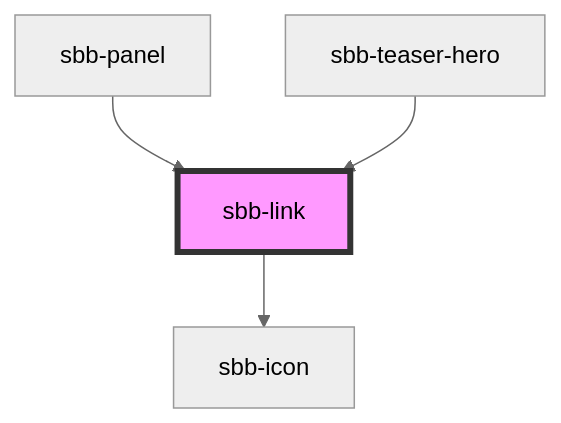
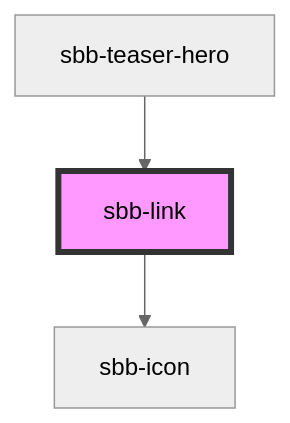
Before and after one commit to sbb-design-systems/lyne-components: the diagram in src/components/sbb-link/readme.md, drawn with Mermaid (neutral theme). The commit also changed other lines of this file and 8 other files, not shown here.

````diff
--- a/src/components/sbb-link/readme.md
+++ b/src/components/sbb-link/readme.md
@@ -61,7 +60,6 @@
 ```mermaid
 graph TD;
   sbb-link --> sbb-icon
-  sbb-panel --> sbb-link
   sbb-teaser-hero --> sbb-link
   style sbb-link fill:#f9f,stroke:#333,stroke-width:4px
 ```
````
